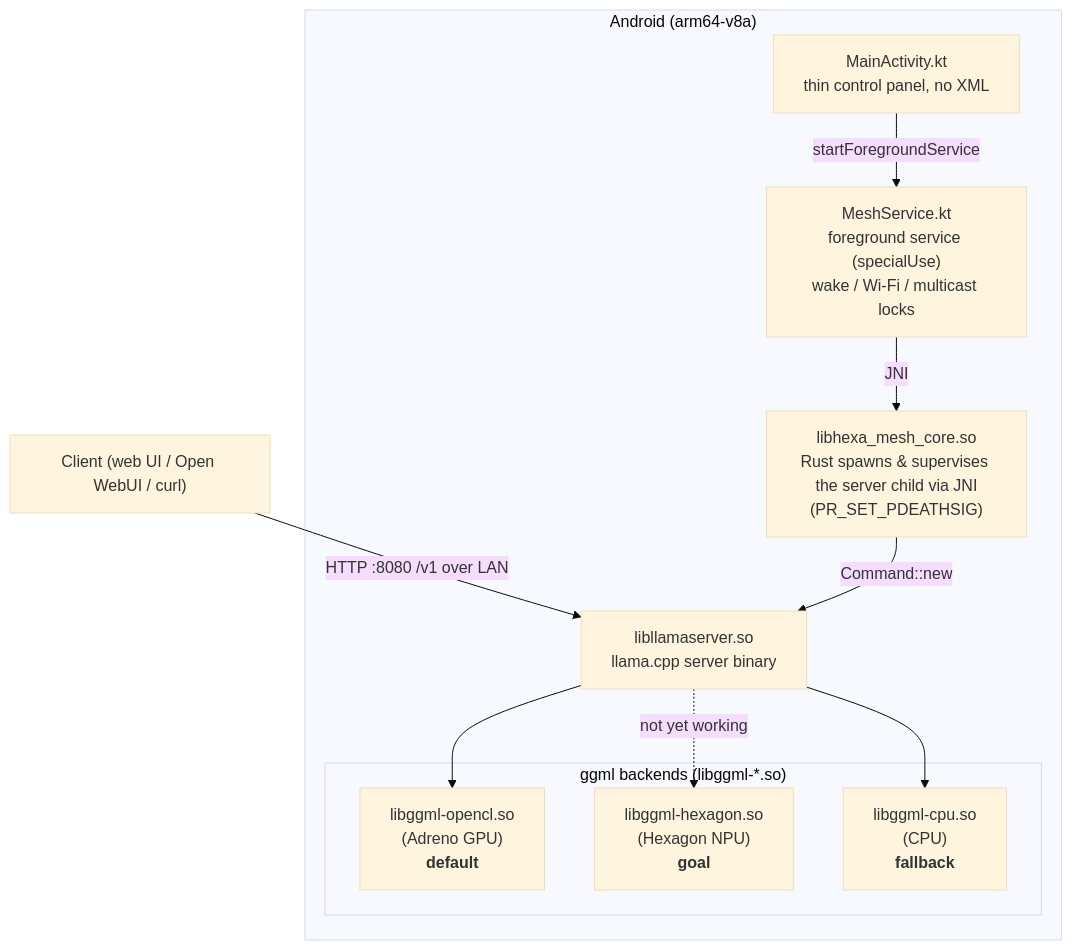
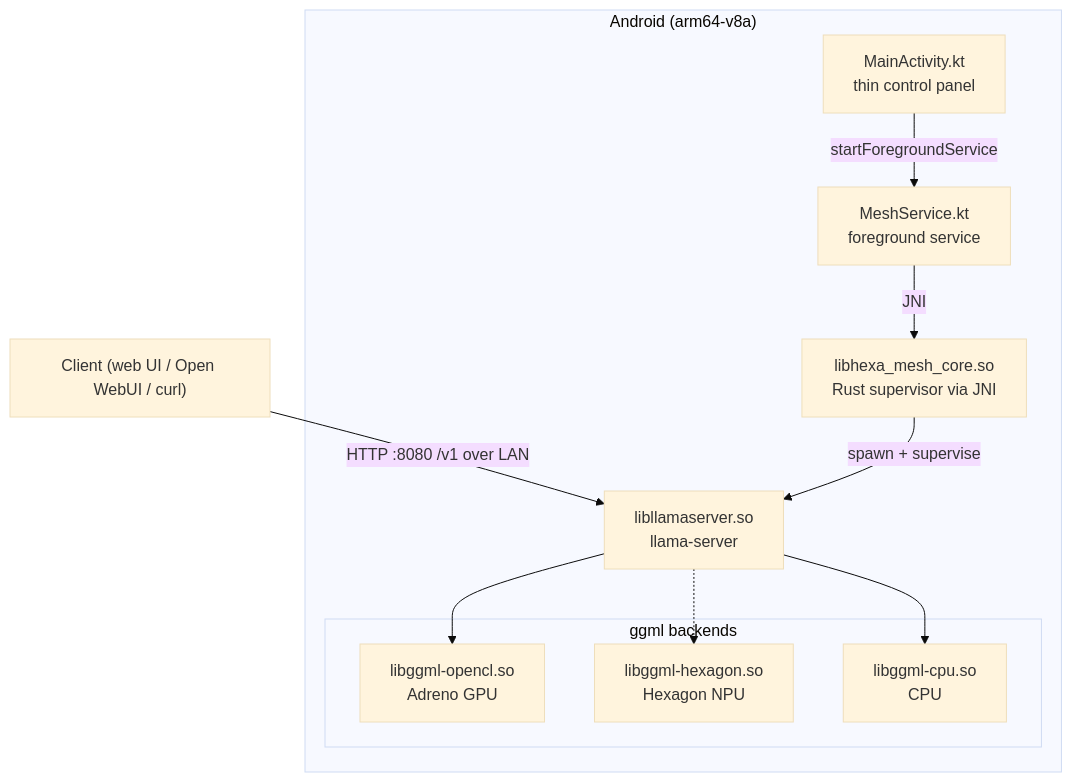
Before and after one commit to LuMarans30/HexaMesh: the diagram in README.md, drawn with Mermaid (base theme). The commit also changed other lines of this file, not shown here.

Commit message:
docs(README): clarify current behavior and LAN usage

````diff
--- a/README.md
+++ b/README.md
@@ -20,24 +24,24 @@
 ```mermaid
 flowchart TD
-    client["Client (web UI / Open WebUI / curl)"] -->|"HTTP :8080 /v1 over LAN"| LS
+client["Client (web UI / Open WebUI / curl)"] --> |"HTTP :8080 /v1 over LAN"| LS
 
-    subgraph android["Android (arm64-v8a)"]
-        MA["MainActivity.kt<br/>thin control panel, no XML"]
-        MS["MeshService.kt<br/>foreground service (specialUse)<br/>wake / Wi-Fi / multicast locks"]
-        RC["libhexa_mesh_core.so<br/>Rust spawns & supervises the server child via JNI<br/>(PR_SET_PDEATHSIG)"]
-        LS["libllamaserver.so<br/>llama.cpp server binary"]
+subgraph android["Android (arm64-v8a)"]
+MA["MainActivity.kt<br/>thin control panel"]
+MS["MeshService.kt<br/>foreground service"]
+RC["libhexa_mesh_core.so<br/>Rust supervisor via JNI"]
+LS["libllamaserver.so<br/>llama-server"]
 
-        subgraph backends["ggml backends (libggml-*.so)"]
-            OCL["libggml-opencl.so<br/>(Adreno GPU)<br /><b>default</b>"]
-            HEX["libggml-hexagon.so<br/>(Hexagon NPU)<br /><b>goal</b>"]
-            CPUB["libggml-cpu.so<br/>(CPU)<br /><b>fallback</b>"]
-        end
+subgraph backends["ggml backends"]
+OCL["libggml-opencl.so<br/>Adreno GPU"]
+HEX["libggml-hexagon.so<br/>Hexagon NPU"]
+CPUB["libggml-cpu.so<br/>CPU"]
+end
+end
 
-        MA -->|startForegroundService| MS
-        MS -->|JNI| RC
-        RC -->|Command::new| LS
-        LS --> OCL
-        LS -.->|"not yet working"| HEX
-        LS --> CPUB
-    end
+MA -->|startForegroundService| MS
+MS -->|JNI| RC
+RC -->|spawn + supervise| LS
+LS --> OCL
+LS -.-> HEX
+LS --> CPUB
 ```
````
